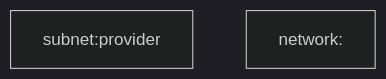
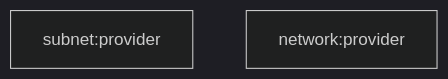
Before and after one commit to googlelxhgithub/iodraw-files: the diagram in all/未命名-11.md, drawn with Mermaid (dark theme).

Commit message:
2024-09-26 11:15:45 update

````diff
--- a/all/未命名-11.md
+++ b/all/未命名-11.md
@@ -1,6 +1,7 @@
 ```mermaid
 graph TD
     A[subnet:provider]
-    B[network:]
+    B[network:provider]
+    A
   
 ```
````
